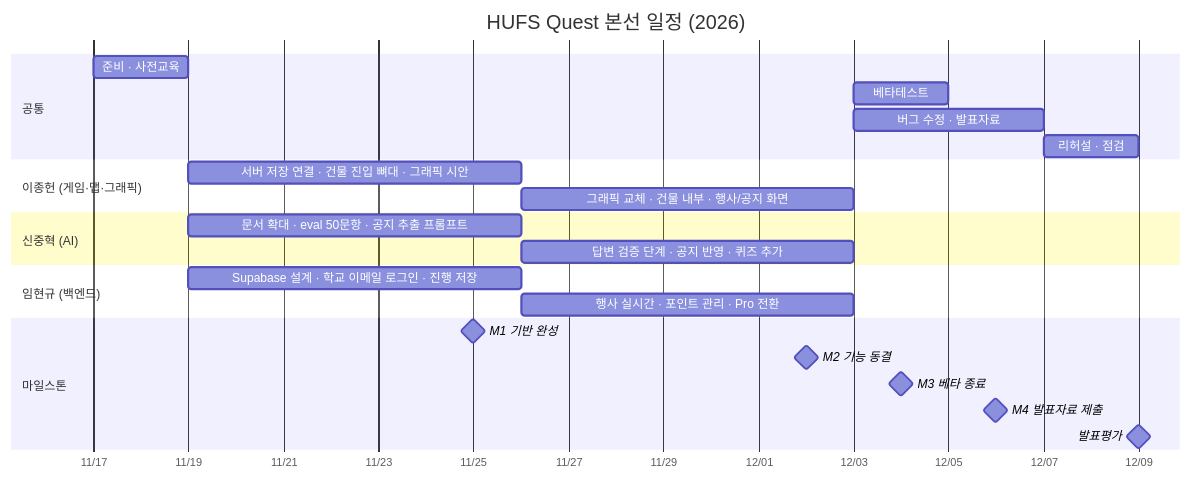
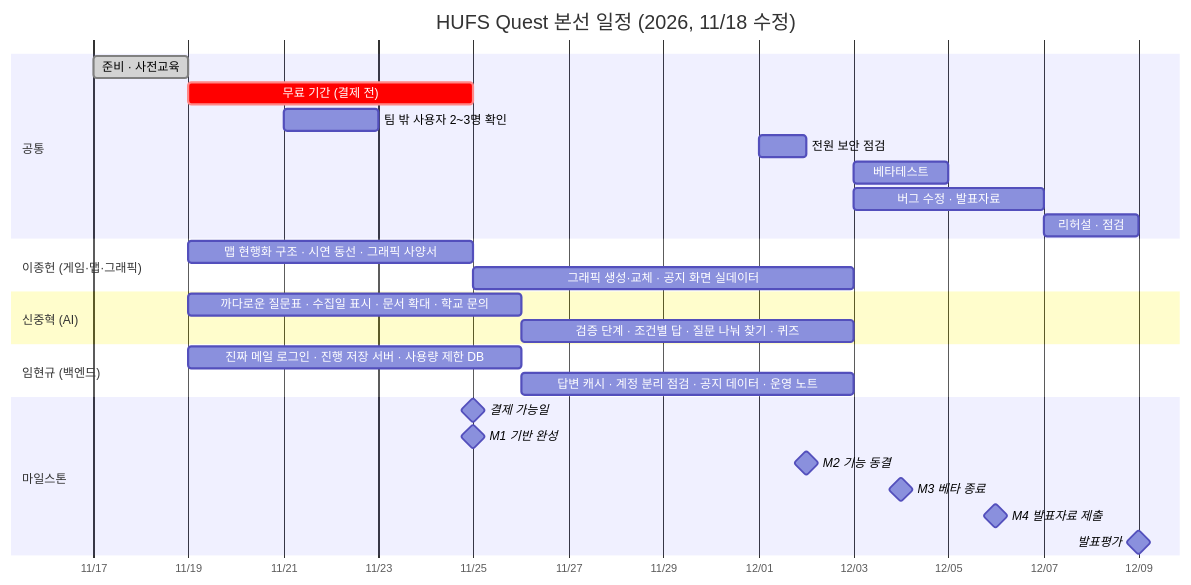
One commit to 202502859-source/hufs-quest changed the diagram in docs/ROADMAP.md. Above: the diagram before and after it, drawn with Mermaid. The commit also changed other lines of this file and 7 other files, not shown here.

````diff
--- a/docs/ROADMAP.md
+++ b/docs/ROADMAP.md
@@ -11,32 +13,36 @@
 ```mermaid
 gantt
-    title HUFS Quest 본선 일정 (2026)
+    title HUFS Quest 본선 일정 (2026, 11/18 수정)
     dateFormat YYYY-MM-DD
     axisFormat %m/%d
     todayMarker stroke-width:3px,stroke:#d33
 
     section 공통
-    준비 · 사전교육              :prep, 2026-11-17, 2d
+    준비 · 사전교육              :done, prep, 2026-11-17, 2d
+    무료 기간 (결제 전)           :crit, free, 2026-11-19, 6d
+    팀 밖 사용자 2~3명 확인       :user, 2026-11-21, 2d
+    전원 보안 점검               :sec, 2026-12-01, 1d
     베타테스트                   :beta, 2026-12-03, 2d
     버그 수정 · 발표자료          :w3, 2026-12-03, 4d
     리허설 · 점검                :reh, 2026-12-07, 2d
 
     section 이종헌 (게임·맵·그래픽)
-    서버 저장 연결 · 건물 진입 뼈대 · 그래픽 시안 :j1, 2026-11-19, 7d
-    그래픽 교체 · 건물 내부 · 행사/공지 화면       :j2, 2026-11-26, 7d
+    맵 현행화 구조 · 시연 동선 · 그래픽 사양서   :j1, 2026-11-19, 6d
+    그래픽 생성·교체 · 공지 화면 실데이터        :j2, 2026-11-25, 8d
 
     section 신중혁 (AI)
-    문서 확대 · eval 50문항 · 공지 추출 프롬프트   :s1, 2026-11-19, 7d
-    답변 검증 단계 · 공지 반영 · 퀴즈 추가         :s2, 2026-11-26, 7d
+    까다로운 질문표 · 수집일 표시 · 문서 확대 · 학교 문의 :s1, 2026-11-19, 7d
+    검증 단계 · 조건별 답 · 질문 나눠 찾기 · 퀴즈       :s2, 2026-11-26, 7d
 
     section 임현규 (백엔드)
-    Supabase 설계 · 학교 이메일 로그인 · 진행 저장 :h1, 2026-11-19, 7d
-    행사 실시간 · 포인트 관리 · Pro 전환            :h2, 2026-11-26, 7d
+    진짜 메일 로그인 · 진행 저장 서버 · 사용량 제한 DB  :h1, 2026-11-19, 7d
+    답변 캐시 · 계정 분리 점검 · 공지 데이터 · 운영 노트 :h2, 2026-11-26, 7d
 
     section 마일스톤
+    결제 가능일                  :milestone, pay, 2026-11-25, 0d
     M1 기반 완성                 :milestone, m1, 2026-11-25, 0d
     M2 기능 동결                 :milestone, m2, 2026-12-02, 0d
     M3 베타 종료                 :milestone, m3, 2026-12-04, 0d
     M4 발표자료 제출             :milestone, m4, 2026-12-06, 0d
     발표평가                     :milestone, demo, 2026-12-09, 0d
 ```
````
